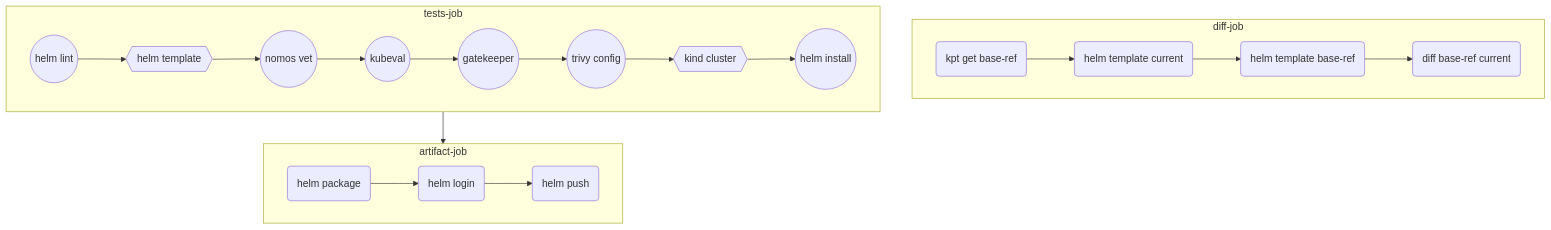
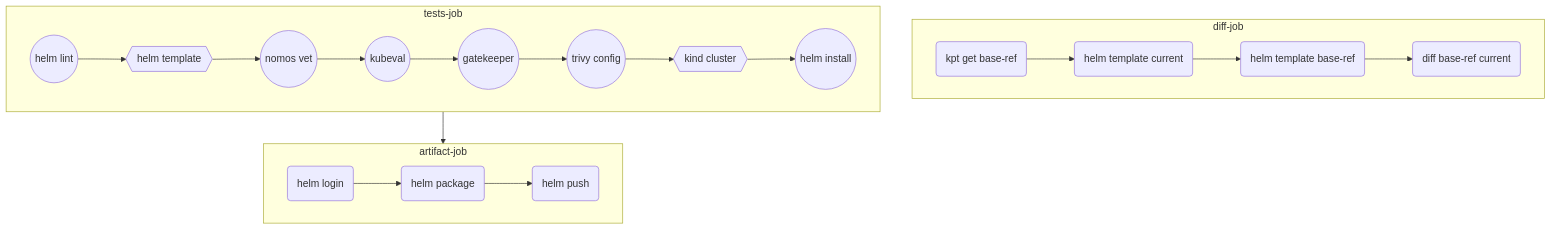
One commit to mathieu-benoit/ci-with-helm changed the second of 3 diagrams in README.md. Above: the diagram before and after it, drawn with Mermaid. The commit also changed other lines of this file and 1 other file, not shown here.

Commit message:
dedicated artifact push job for policies too

````diff
--- a/README.md
+++ b/README.md
@@ -32,22 +59,22 @@
 ```mermaid
 flowchart TB
     subgraph diff-job
     get(kpt get base-ref) --> build1(helm template current)
     build1 --> build2(helm template base-ref)
     build2 --> diff(diff base-ref current)
     end
     subgraph tests-job
     lint((helm lint)) --> template{{helm template}}
     template --> vet((nomos vet))
     vet --> kubeval((kubeval))
     kubeval --> gatekeeper((gatekeeper))
     gatekeeper --> trivy((trivy config))
     trivy --> kind{{kind cluster}}
     kind --> deploy((helm install))
     end
     subgraph artifact-job
-    package(helm package) --> login(helm login)
-    login --> push(helm push)
+    login(helm login) --> package(helm package)
+    package --> push(helm push)
     end
     tests-job --> artifact-job
 ```
````
